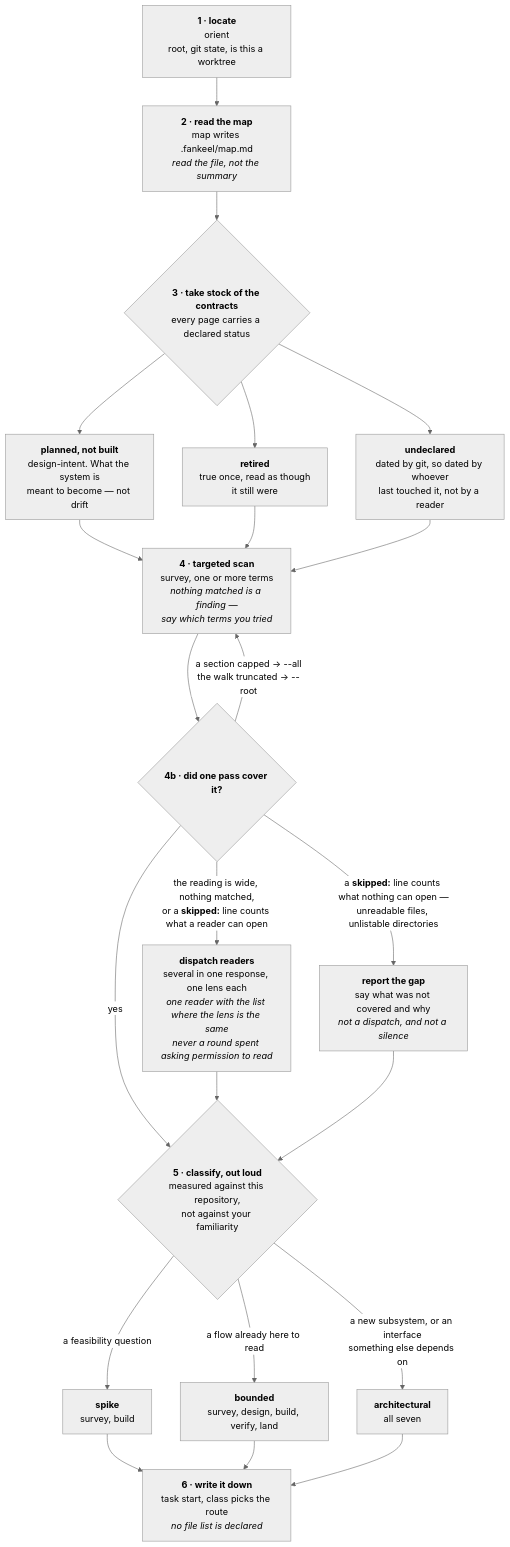
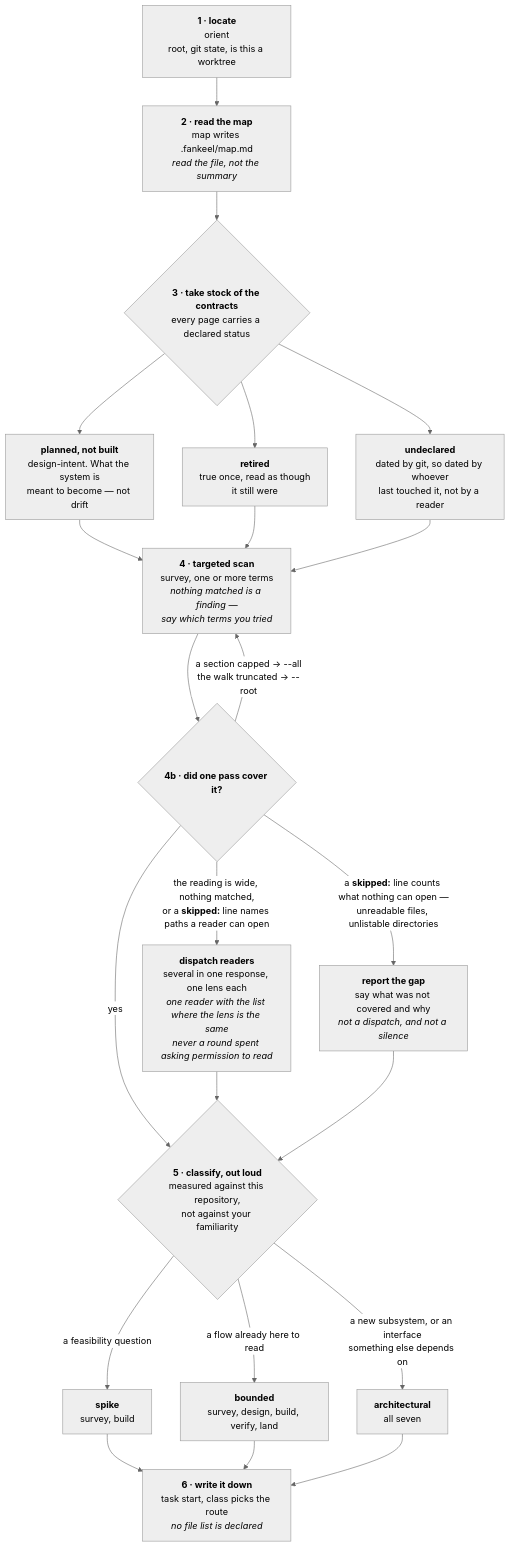
Before and after one commit to FanFantom9452/FanKeel: the first of 8 diagrams in docs/pipeline.md, drawn with Mermaid (neutral theme). The commit also changed 15 other files, not shown here.

````diff
--- a/docs/pipeline.md
+++ b/docs/pipeline.md
@@ -296,39 +296,39 @@
 ```mermaid
 flowchart TD
     A["<b>1 · locate</b><br/>orient<br/>root, git state, is this a worktree"]
     B["<b>2 · read the map</b><br/>map writes .fankeel/map.md<br/><i>read the file, not the summary</i>"]
     C{"<b>3 · take stock of the contracts</b><br/>every page carries a declared status"}
     C1["<b>planned, not built</b><br/>design-intent. What the system is<br/>meant to become — not drift"]
     C2["<b>retired</b><br/>true once, read as though<br/>it still were"]
     C3["<b>undeclared</b><br/>dated by git, so dated by whoever<br/>last touched it, not by a reader"]
     D["<b>4 · targeted scan</b><br/>survey, one or more terms<br/><i>nothing matched is a finding —<br/>say which terms you tried</i>"]
     D2{"<b>4b · did one pass cover it?</b>"}
     D4["<b>report the gap</b><br/>say what was not covered and why<br/><i>not a dispatch, and not a silence</i>"]
     D3["<b>dispatch readers</b><br/>several in one response, one lens each<br/><i>one reader with the list where the lens is the same</i><br/><i>never a round spent asking permission to read</i>"]
     E{"<b>5 · classify, out loud</b><br/>measured against this repository,<br/>not against your familiarity"}
     E1["<b>spike</b><br/>survey, build"]
     E2["<b>bounded</b><br/>survey, design, build, verify, land"]
     E3["<b>architectural</b><br/>all seven"]
     F["<b>6 · write it down</b><br/>task start, class picks the route<br/><i>no file list is declared</i>"]
 
     A --> B --> C
     C --> C1
     C --> C2
     C --> C3
     C1 --> D
     C2 --> D
     C3 --> D
     D --> D2
     D2 -- "a section capped → --all<br/>the walk truncated → --root" --> D
-    D2 -- "the reading is wide, nothing matched,<br/>or a <b>skipped:</b> line counts what a reader can open" --> D3
+    D2 -- "the reading is wide, nothing matched,<br/>or a <b>skipped:</b> line names paths a reader can open" --> D3
     D2 -- "a <b>skipped:</b> line counts what nothing can open —<br/>unreadable files, unlistable directories" --> D4
     D2 -- yes --> E
     D3 --> E
     D4 --> E
     E -- "a feasibility question" --> E1
     E -- "a flow already here to read" --> E2
     E -- "a new subsystem, or an interface<br/>something else depends on" --> E3
     E1 --> F
     E2 --> F
     E3 --> F
 ```
````
